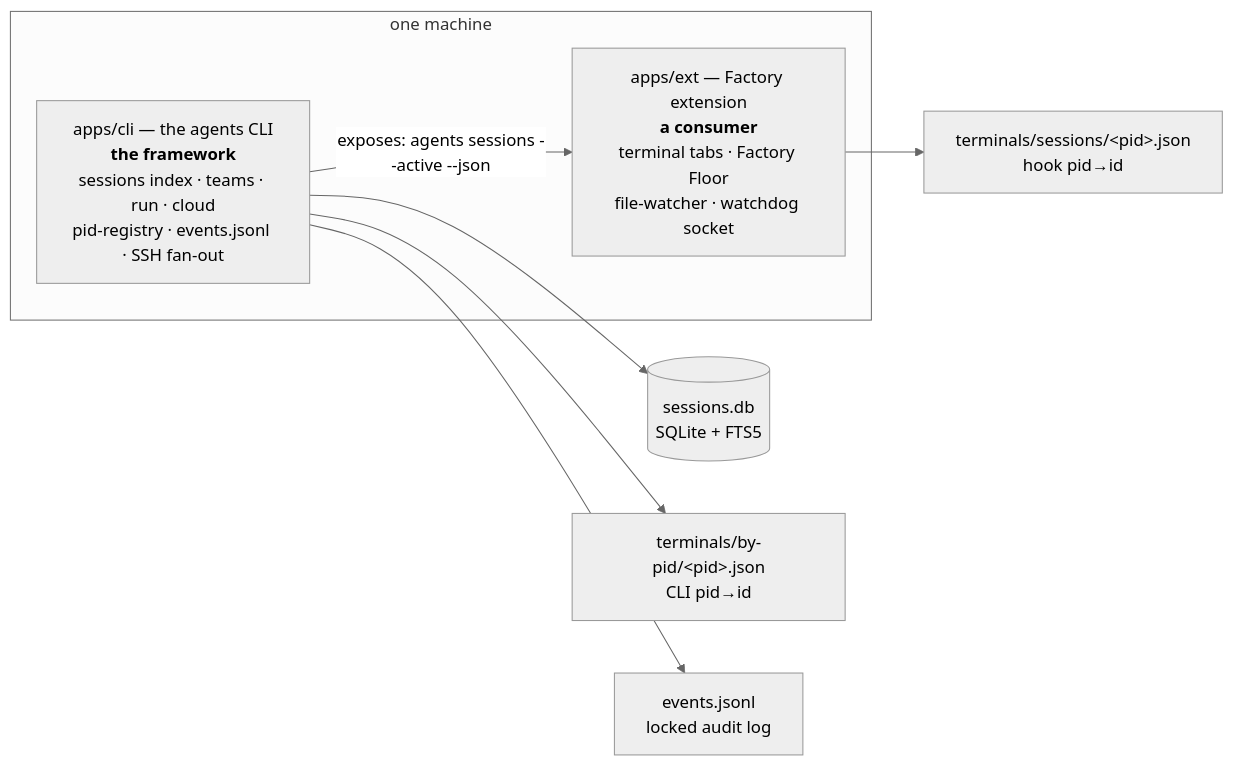
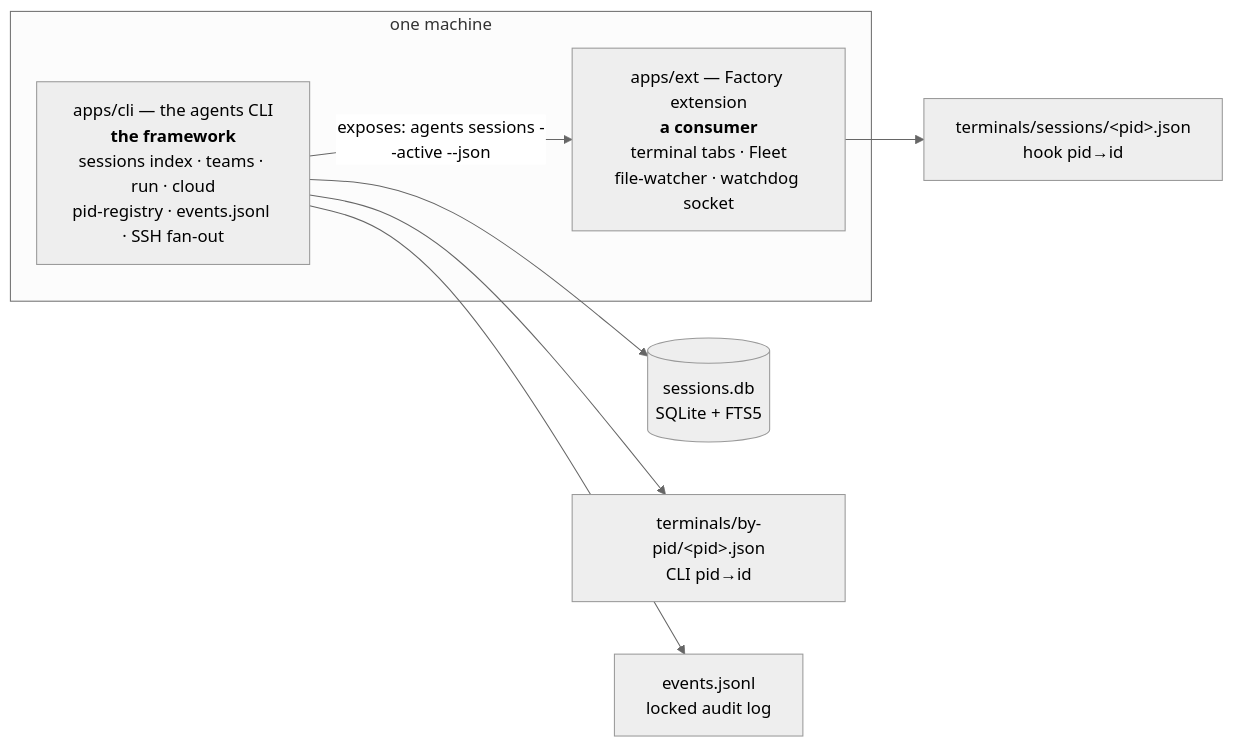
The first of 2 diagrams in apps/cli/docs/architecture.md (muqsitnawaz/agi-cli), drawn with Mermaid (neutral theme) before and after one commit. The commit also changed other lines of this file and 38 other files, not shown here.

First line of the commit message:
feat(ext): name the dashboard AGI EXT and rename Factory Floor to Fleet

````diff
--- a/apps/cli/docs/architecture.md
+++ b/apps/cli/docs/architecture.md
@@ -26,12 +26,12 @@
 ```mermaid
 flowchart LR
   subgraph machine["one machine"]
     CLI["apps/cli — the agents CLI<br/><b>the framework</b><br/>sessions index · teams · run · cloud<br/>pid-registry · events.jsonl · SSH fan-out"]
-    FAC["apps/ext — Factory extension<br/><b>a consumer</b><br/>terminal tabs · Factory Floor<br/>file-watcher · watchdog socket"]
+    FAC["apps/ext — Factory extension<br/><b>a consumer</b><br/>terminal tabs · Fleet<br/>file-watcher · watchdog socket"]
     CLI -- "exposes: agents sessions --active --json" --> FAC
   end
   CLI --> DB[("sessions.db<br/>SQLite + FTS5")]
   CLI --> BYPID["terminals/by-pid/&lt;pid&gt;.json<br/>CLI pid→id"]
   FAC --> SESS["terminals/sessions/&lt;pid&gt;.json<br/>hook pid→id"]
   CLI --> EV["events.jsonl<br/>locked audit log"]
 ```
````
